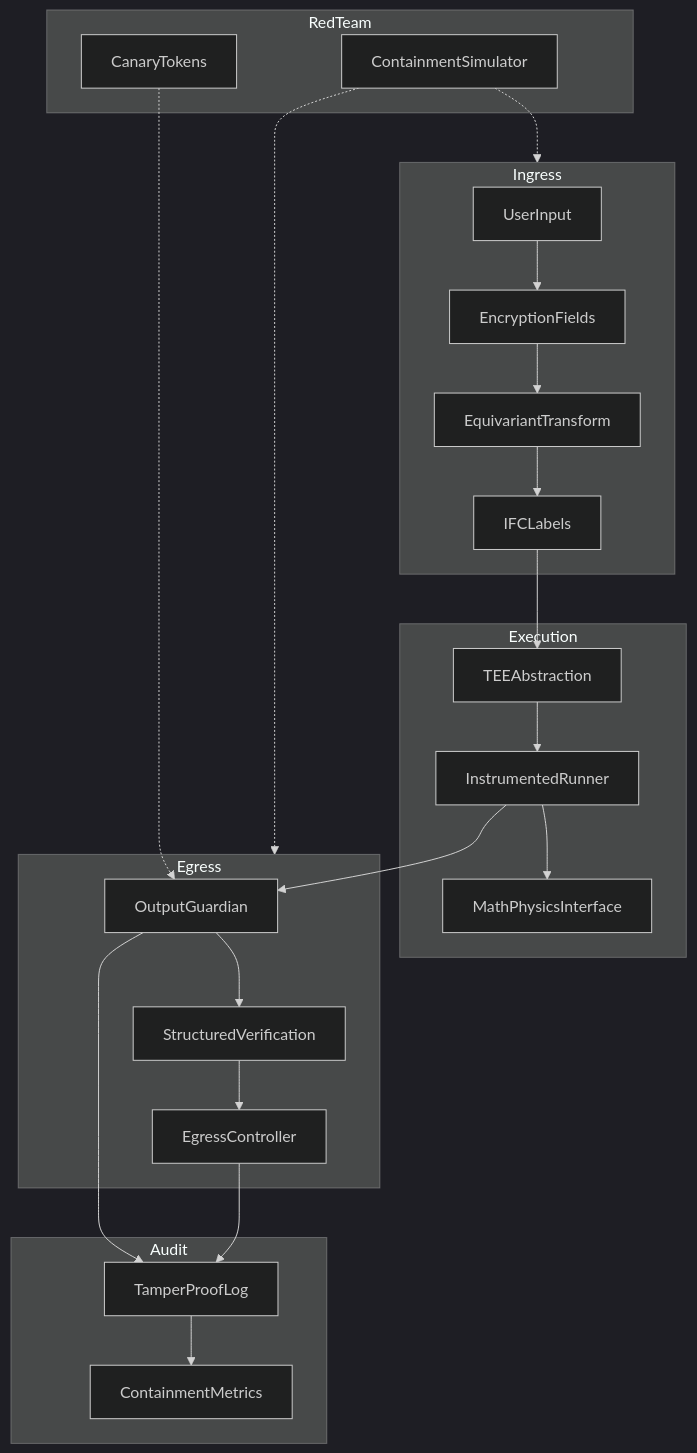
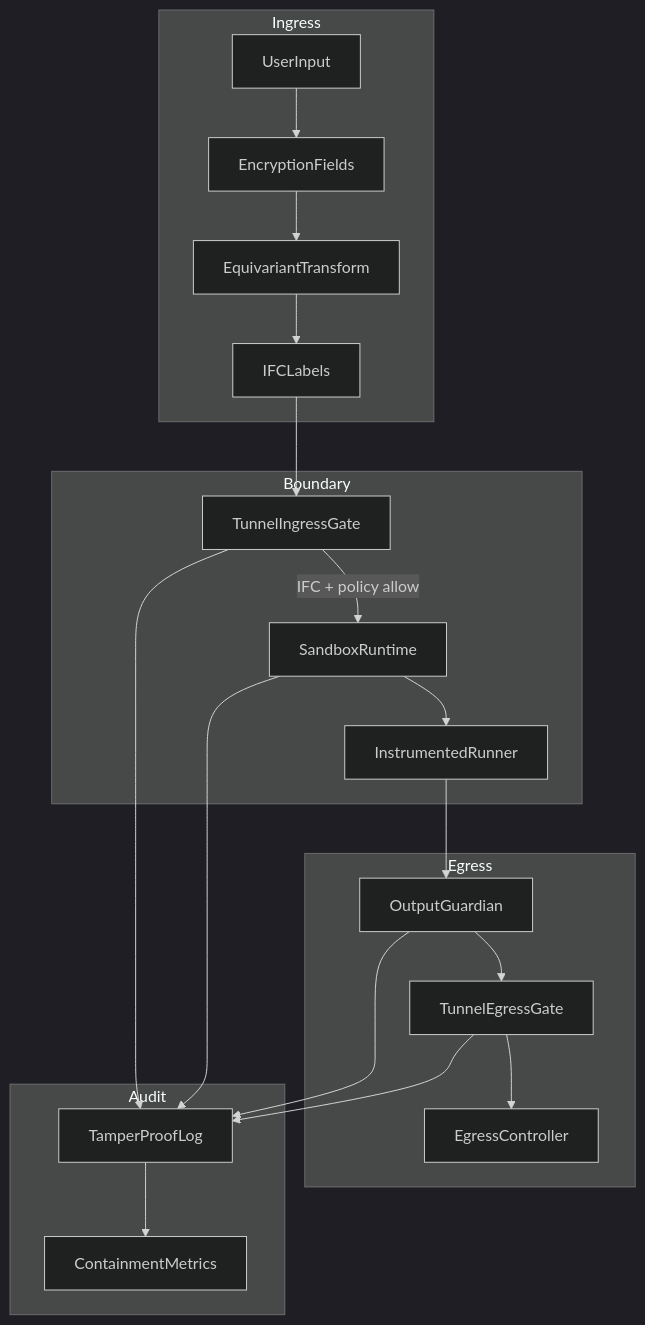
Before and after one commit to Fratres-X-AI/A.C.E: the diagram in README.md, drawn with Mermaid (dark theme). The commit also changed other lines of this file and 31 other files, not shown here.

First line of the commit message:
Add integrated sandbox and tunnel layers for v0.2.0.

````diff
--- a/README.md
+++ b/README.md
@@ -19,36 +19,33 @@
 ```mermaid
 flowchart TB
     subgraph ingress [Ingress]
         Input[UserInput]
         EncFields[EncryptionFields]
         EE[EquivariantTransform]
         Labels[IFCLabels]
     end
-    subgraph execution [Execution]
-        TEE[TEEAbstraction]
+    subgraph boundary [Boundary]
+        TunnelIn[TunnelIngressGate]
+        Sandbox[SandboxRuntime]
         Runner[InstrumentedRunner]
-        MathPhys[MathPhysicsInterface]
     end
     subgraph egress [Egress]
         Guardian[OutputGuardian]
+        TunnelOut[TunnelEgressGate]
         EgressCtrl[EgressController]
-        Verify[StructuredVerification]
     end
     subgraph audit [Audit]
         Log[TamperProofLog]
         Metrics[ContainmentMetrics]
     end
-    subgraph redteam [RedTeam]
-        Sim[ContainmentSimulator]
-        Canary[CanaryTokens]
-    end
     Input --> EncFields --> EE --> Labels
-    Labels --> TEE --> Runner --> MathPhys
-    Runner --> Guardian --> Verify --> EgressCtrl
+    Labels --> TunnelIn
+    TunnelIn -->|"IFC + policy allow"| Sandbox
+    Sandbox --> Runner
+    Runner --> Guardian --> TunnelOut --> EgressCtrl
+    TunnelIn --> Log
+    Sandbox --> Log
     Guardian --> Log
-    EgressCtrl --> Log
+    TunnelOut --> Log
     Log --> Metrics
-    Sim -.-> ingress
-    Sim -.-> egress
-    Canary -.-> Guardian
 ```
````
